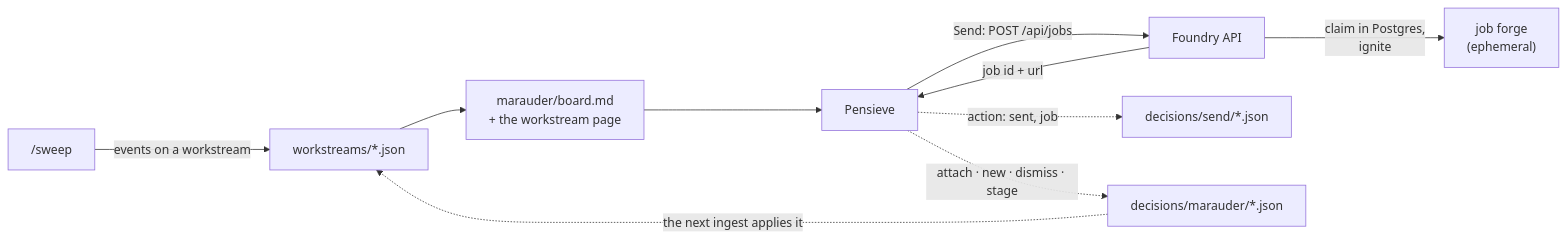
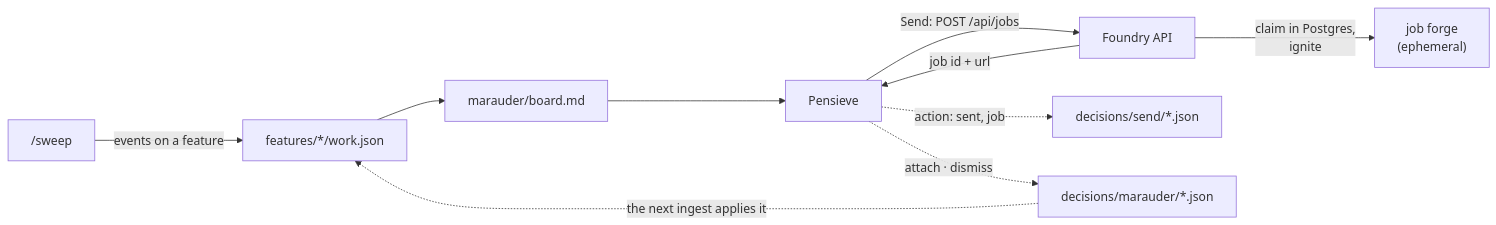
The fourth of 4 diagrams in apps/argus/README.md (d0nwong/citadel), drawn with Mermaid before and after one commit. The commit also changed other lines of this file and 32 other files, not shown here.

````diff
--- a/apps/argus/README.md
+++ b/apps/argus/README.md
@@ -283,12 +285,12 @@
 ```mermaid
 flowchart LR
-    sweep["/sweep"] -- "events on a workstream" --> ws["workstreams/*.json"]
-    ws --> board["marauder/board.md<br/>+ the workstream page"]
+    sweep["/sweep"] -- "events on a feature" --> ws["features/*/work.json"]
+    ws --> board["marauder/board.md"]
     board --> pensieve["Pensieve"]
     pensieve -- "Send: POST /api/jobs" --> foundry["Foundry API"]
     foundry -- "job id + url" --> pensieve
     pensieve -. "action: sent, job" .-> decisions["decisions/send/*.json"]
-    pensieve -. "attach · new · dismiss · stage" .-> mdec["decisions/marauder/*.json"]
+    pensieve -. "attach · dismiss" .-> mdec["decisions/marauder/*.json"]
     mdec -. "the next ingest applies it" .-> ws
     foundry -- "claim in Postgres,<br/>ignite" --> forge["job forge<br/>(ephemeral)"]
 ```
````
